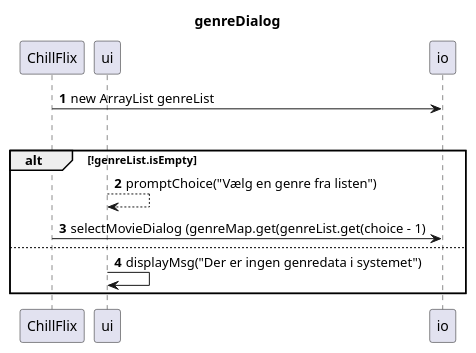
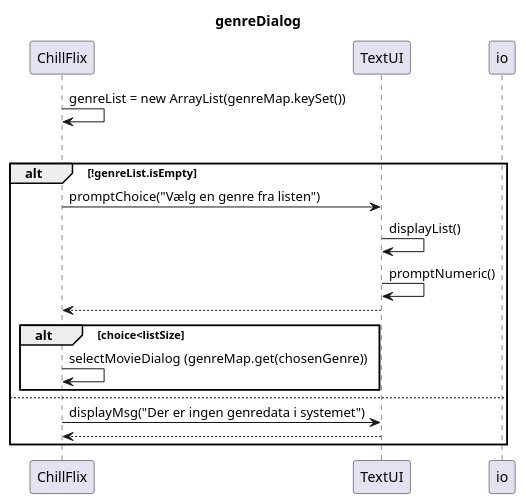
The diagram in docs/sequenceDiagramGenreDialog.puml (Falcho/SP3), drawn with PlantUML before and after one commit.

Commit message:
rettet genreDialog sequence diagram

```diff
--- a/docs/sequenceDiagramGenreDialog.puml
+++ b/docs/sequenceDiagramGenreDialog.puml
@@ -1,17 +1,23 @@
 @startuml
 'https://plantuml.com/sequence-diagram
 title genreDialog
-autonumber
+
 
 participant ChillFlix
-participant ui
+participant TextUI as ui
 participant io
-ChillFlix -> io: new ArrayList genreList
+ChillFlix -> ChillFlix: genreList = new ArrayList(genreMap.keySet())
 loop
 alt !genreList.isEmpty
-ui --> ui : promptChoice("Vælg en genre fra listen")
-ChillFlix->io: selectMovieDialog (genreMap.get(genreList.get(choice - 1)
+ChillFlix -> ui : promptChoice("Vælg en genre fra listen")
+ui -> ui : displayList()
+ui -> ui : promptNumeric()
+ui --> ChillFlix
+alt choice<listSize
+ChillFlix -> ChillFlix : selectMovieDialog (genreMap.get(chosenGenre))
+end
 else
-ui -> ui : displayMsg("Der er ingen genredata i systemet")
+ChillFlix -> ui : displayMsg("Der er ingen genredata i systemet")
+ui --> ChillFlix
 end
 @enduml
```
